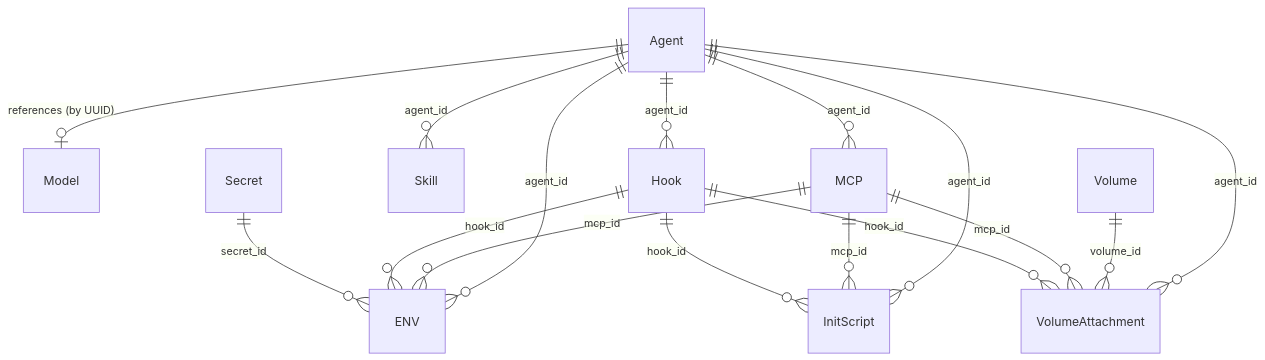
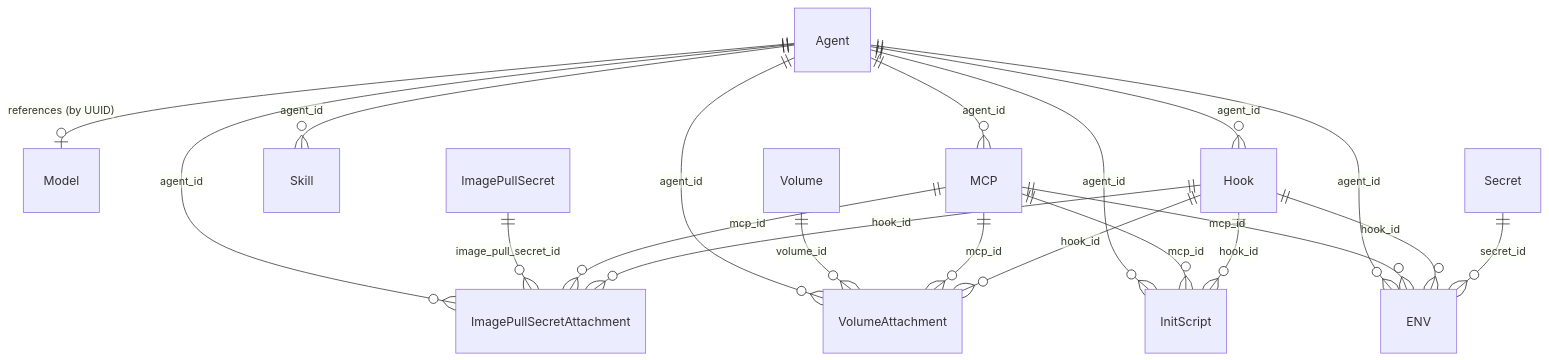
The diagram in architecture/resource-definitions.md (agynio/architecture), drawn with Mermaid before and after one commit. The commit also changed other lines of this file and 9 other files, not shown here.

````diff
--- a/architecture/resource-definitions.md
+++ b/architecture/resource-definitions.md
@@ -22,23 +22,28 @@
 ```mermaid
 erDiagram
     Agent ||--o| Model : "references (by UUID)"
 
     Agent ||--o{ MCP : "agent_id"
     Agent ||--o{ Skill : "agent_id"
     Agent ||--o{ Hook : "agent_id"
     Agent ||--o{ ENV : "agent_id"
     Agent ||--o{ InitScript : "agent_id"
     Agent ||--o{ VolumeAttachment : "agent_id"
+    Agent ||--o{ ImagePullSecretAttachment : "agent_id"
 
     Volume ||--o{ VolumeAttachment : "volume_id"
+
+    ImagePullSecret ||--o{ ImagePullSecretAttachment : "image_pull_secret_id"
 
     MCP ||--o{ ENV : "mcp_id"
     MCP ||--o{ InitScript : "mcp_id"
     MCP ||--o{ VolumeAttachment : "mcp_id"
+    MCP ||--o{ ImagePullSecretAttachment : "mcp_id"
 
     Hook ||--o{ ENV : "hook_id"
     Hook ||--o{ InitScript : "hook_id"
     Hook ||--o{ VolumeAttachment : "hook_id"
+    Hook ||--o{ ImagePullSecretAttachment : "hook_id"
 
     Secret ||--o{ ENV : "secret_id"
 ```
````
